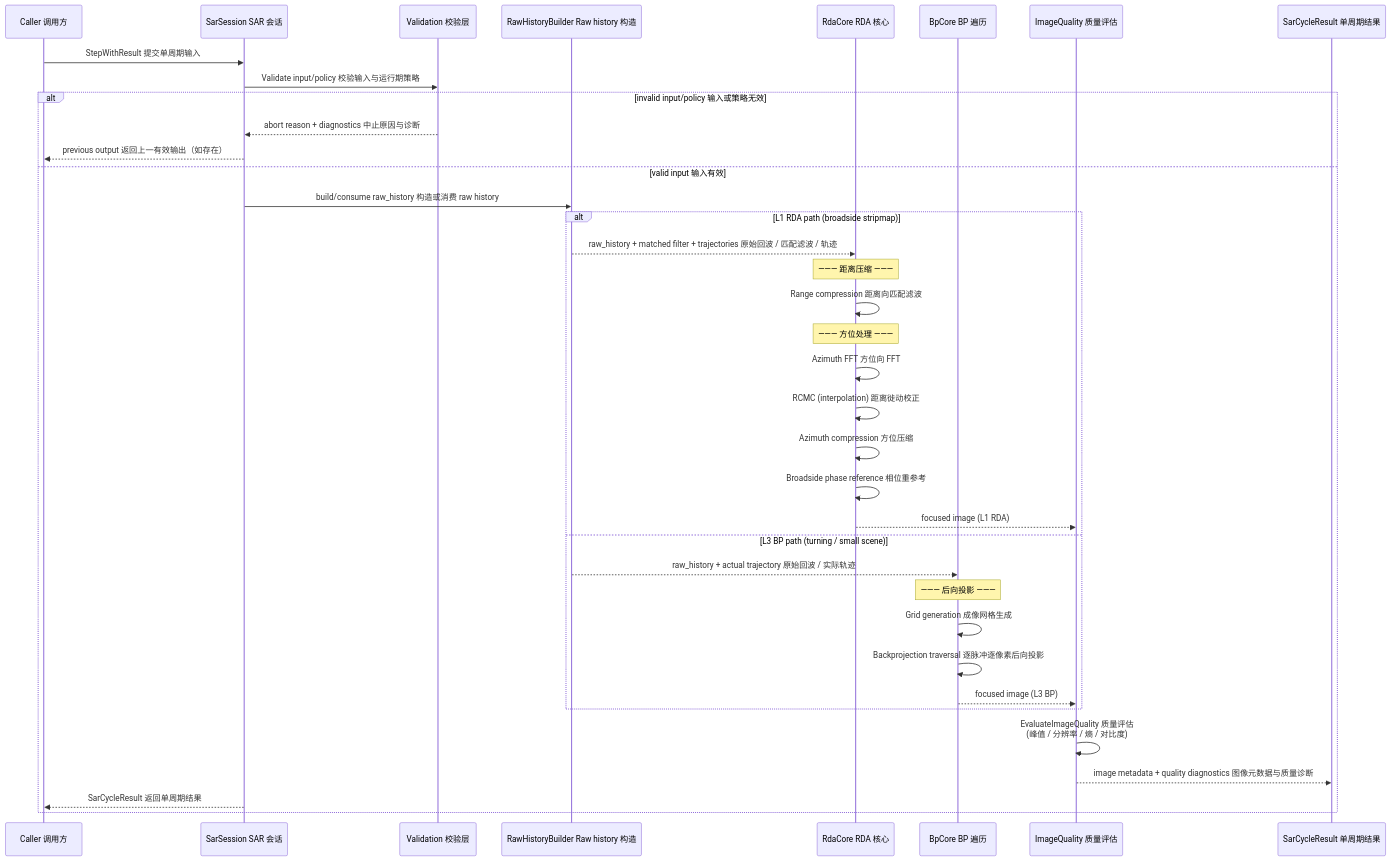
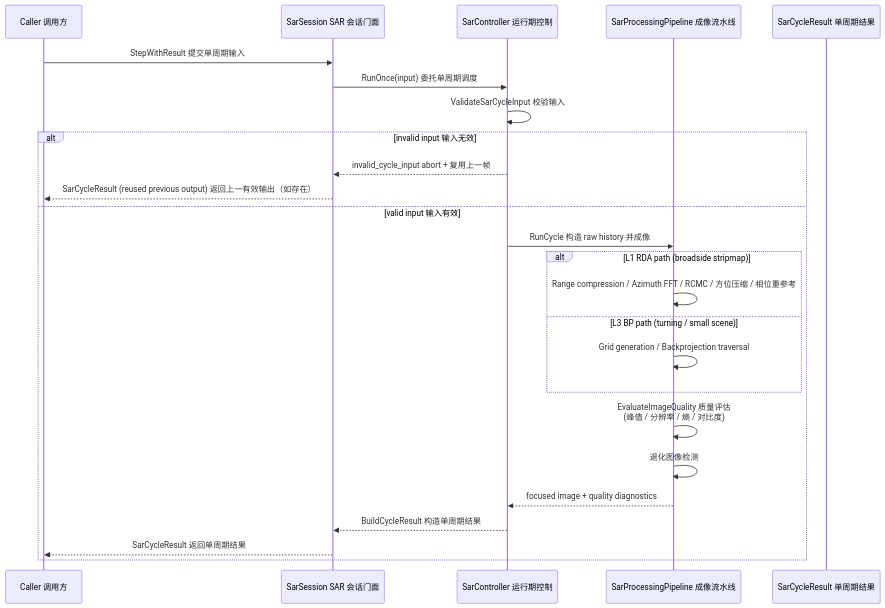
Before and after one commit to boilwater-3/1q: the second of 4 diagrams in docs/sar/design.md, drawn with Mermaid. The commit also changed other lines of this file and 4 other files, not shown here.

````diff
--- a/docs/sar/design.md
+++ b/docs/sar/design.md
@@ -104,43 +110,28 @@
 ```mermaid
 sequenceDiagram
   participant Caller as Caller 调用方
-  participant Session as SarSession SAR 会话
-  participant Validator as Validation 校验层
-  participant Raw as RawHistoryBuilder Raw history 构造
-  participant Rda as RdaCore RDA 核心
-  participant Bp as BpCore BP 遍历
-  participant Quality as ImageQuality 质量评估
+  participant Session as SarSession SAR 会话门面
+  participant Controller as SarController 运行期控制
+  participant Pipeline as SarProcessingPipeline 成像流水线
   participant Result as SarCycleResult 单周期结果
 
   Caller->>Session: StepWithResult 提交单周期输入
-  Session->>Validator: Validate input/policy 校验输入与运行期策略
-  alt invalid input/policy 输入或策略无效
-    Validator-->>Session: abort reason + diagnostics 中止原因与诊断
-    Session-->>Caller: previous output 返回上一有效输出（如存在）
+  Session->>Controller: RunOnce(input) 委托单周期调度
+  Controller->>Controller: ValidateSarCycleInput 校验输入
+  alt invalid input 输入无效
+    Controller-->>Session: invalid_cycle_input abort + 复用上一帧
+    Session-->>Caller: SarCycleResult (reused previous output) 返回上一有效输出（如存在）
   else valid input 输入有效
-    Session->>Raw: build/consume raw_history 构造或消费 raw history
-
+    Controller->>Pipeline: RunCycle 构造 raw history 并成像
     alt L1 RDA path (broadside stripmap)
-      Raw-->>Rda: raw_history + matched filter + trajectories 原始回波 / 匹配滤波 / 轨迹
-      Note over Rda: ——— 距离压缩 ———
-      Rda->>Rda: Range compression 距离向匹配滤波
-      Note over Rda: ——— 方位处理 ———
-      Rda->>Rda: Azimuth FFT 方位向 FFT
-      Rda->>Rda: RCMC (interpolation) 距离徙动校正
-      Rda->>Rda: Azimuth compression 方位压缩
-      Rda->>Rda: Broadside phase reference 相位重参考
-      Rda-->>Quality: focused image (L1 RDA)
-
+      Pipeline->>Pipeline: Range compression / Azimuth FFT / RCMC / 方位压缩 / 相位重参考
     else L3 BP path (turning / small scene)
-      Raw-->>Bp: raw_history + actual trajectory 原始回波 / 实际轨迹
-      Note over Bp: ——— 后向投影 ———
-      Bp->>Bp: Grid generation 成像网格生成
-      Bp->>Bp: Backprojection traversal 逐脉冲逐像素后向投影
-      Bp-->>Quality: focused image (L3 BP)
+      Pipeline->>Pipeline: Grid generation / Backprojection traversal
     end
-
-    Quality->>Quality: EvaluateImageQuality 质量评估<br/>(峰值 / 分辨率 / 熵 / 对比度)
-    Quality-->>Result: image metadata + quality diagnostics 图像元数据与质量诊断
+    Pipeline->>Pipeline: EvaluateImageQuality 质量评估<br/>(峰值 / 分辨率 / 熵 / 对比度)
+    Pipeline->>Pipeline: 退化图像检测
+    Pipeline-->>Controller: focused image + quality diagnostics
+    Controller-->>Session: BuildCycleResult 构造单周期结果
     Session-->>Caller: SarCycleResult 返回单周期结果
   end
 ```
````
